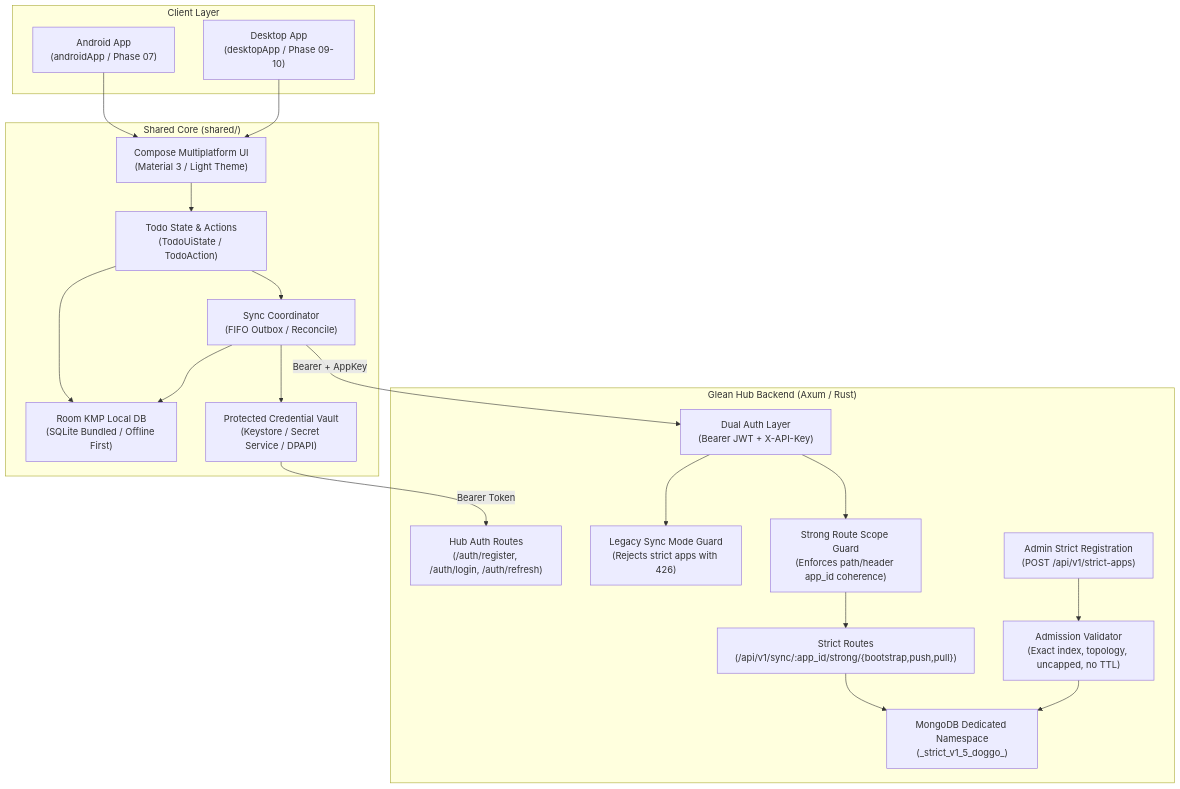
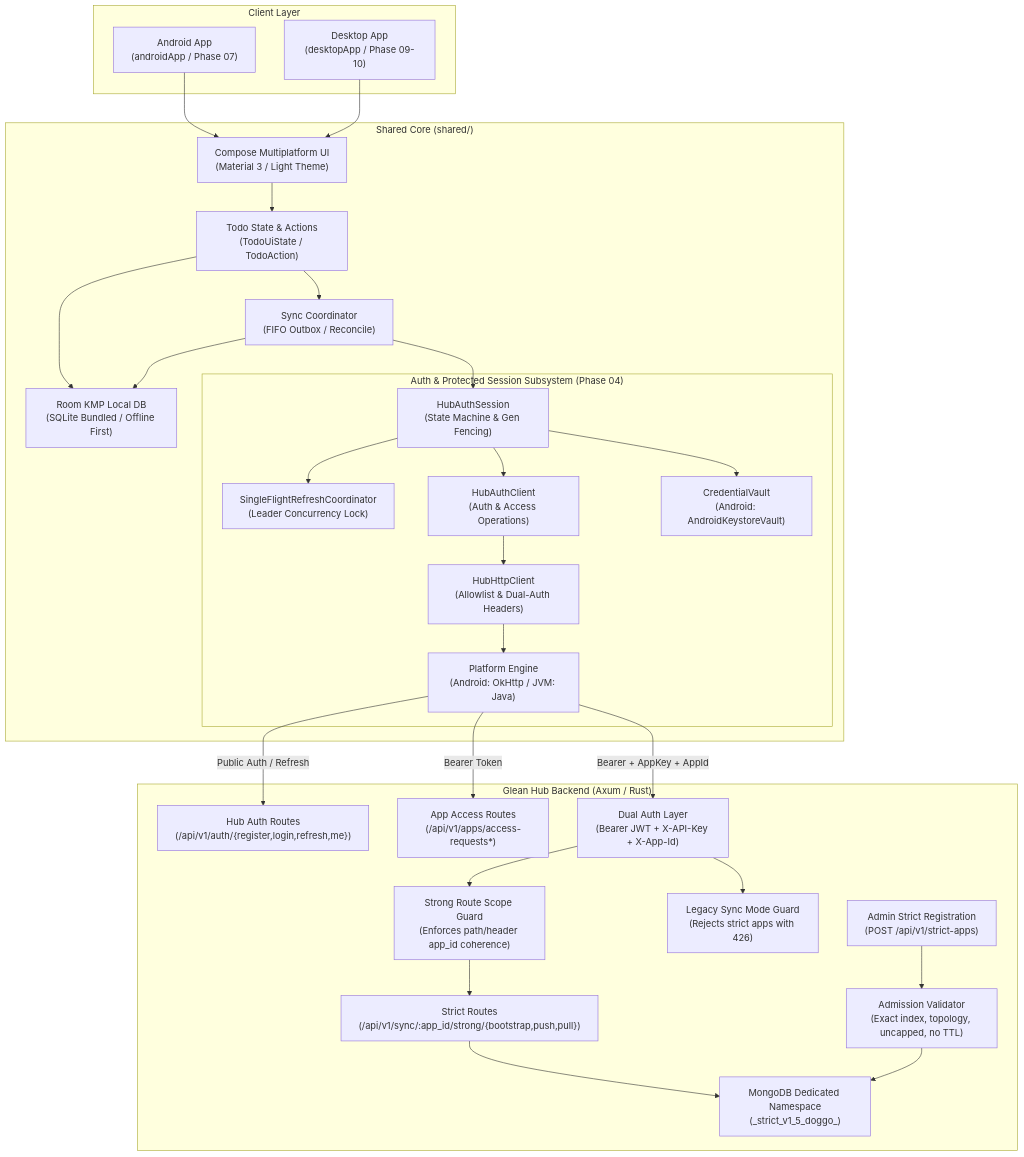
The second of 2 diagrams in docs/system-architecture.md (loidinhm31/tabby-rush), drawn with Mermaid before and after one commit. The commit also changed other lines of this file and 26 other files, not shown here.

Commit message:
feat(auth): implement Hub authentication and protected session

````diff
--- a/docs/system-architecture.md
+++ b/docs/system-architecture.md
@@ -104,42 +104,57 @@
 ```mermaid
 flowchart TD
   subgraph ClientApp["Client Layer"]
     AndroidApp["Android App\n(androidApp / Phase 07)"]
     DesktopApp["Desktop App\n(desktopApp / Phase 09-10)"]
   end
 
   subgraph SharedKMP["Shared Core (shared/)"]
     UI["Compose Multiplatform UI\n(Material 3 / Light Theme)"]
     State["Todo State & Actions\n(TodoUiState / TodoAction)"]
     Coordinator["Sync Coordinator\n(FIFO Outbox / Reconcile)"]
     RoomDB["Room KMP Local DB\n(SQLite Bundled / Offline First)"]
-    Vault["Protected Credential Vault\n(Keystore / Secret Service / DPAPI)"]
+    
+    subgraph AuthSubsystem["Auth & Protected Session Subsystem (Phase 04)"]
+      AuthSession["HubAuthSession\n(State Machine & Gen Fencing)"]
+      SingleFlight["SingleFlightRefreshCoordinator\n(Leader Concurrency Lock)"]
+      AuthClient["HubAuthClient\n(Auth & Access Operations)"]
+      HttpClient["HubHttpClient\n(Allowlist & Dual-Auth Headers)"]
+      PlatformEngine["Platform Engine\n(Android: OkHttp / JVM: Java)"]
+      Vault["CredentialVault\n(Android: AndroidKeystoreVault)"]
+    end
   end
 
   subgraph HubBackend["Glean Hub Backend (Axum / Rust)"]
-    AuthRoutes["Hub Auth Routes\n(/auth/register, /auth/login, /auth/refresh)"]
-    DualAuth["Dual Auth Layer\n(Bearer JWT + X-API-Key)"]
+    AuthRoutes["Hub Auth Routes\n(/api/v1/auth/{register,login,refresh,me})"]
+    AccessRoutes["App Access Routes\n(/api/v1/apps/access-requests*)"]
+    DualAuth["Dual Auth Layer\n(Bearer JWT + X-API-Key + X-App-Id)"]
     LegacyGuard["Legacy Sync Mode Guard\n(Rejects strict apps with 426)"]
     ScopeGuard["Strong Route Scope Guard\n(Enforces path/header app_id coherence)"]
     StrictRoutes["Strict Routes\n(/api/v1/sync/:app_id/strong/{bootstrap,push,pull})"]
     AdminStrict["Admin Strict Registration\n(POST /api/v1/strict-apps)"]
     AdmissionHelper["Admission Validator\n(Exact index, topology, uncapped, no TTL)"]
     MongoDB["MongoDB Dedicated Namespace\n(_strict_v1_5_doggo_<epoch>)"]
   end
 
   AndroidApp --> UI
   DesktopApp --> UI
   UI --> State
   State --> RoomDB
   State --> Coordinator
   Coordinator --> RoomDB
-  Coordinator --> Vault
-  Coordinator -->|Bearer + AppKey| DualAuth
-  Vault -->|Bearer Token| AuthRoutes
+  Coordinator --> AuthSession
+  AuthSession --> SingleFlight
+  AuthSession --> AuthClient
+  AuthSession --> Vault
+  AuthClient --> HttpClient
+  HttpClient --> PlatformEngine
+  PlatformEngine -->|Public Auth / Refresh| AuthRoutes
+  PlatformEngine -->|Bearer Token| AccessRoutes
+  PlatformEngine -->|Bearer + AppKey + AppId| DualAuth
   DualAuth --> ScopeGuard
   ScopeGuard --> StrictRoutes
   StrictRoutes --> MongoDB
   DualAuth --> LegacyGuard
   AdminStrict --> AdmissionHelper
   AdmissionHelper --> MongoDB
 ```
````
